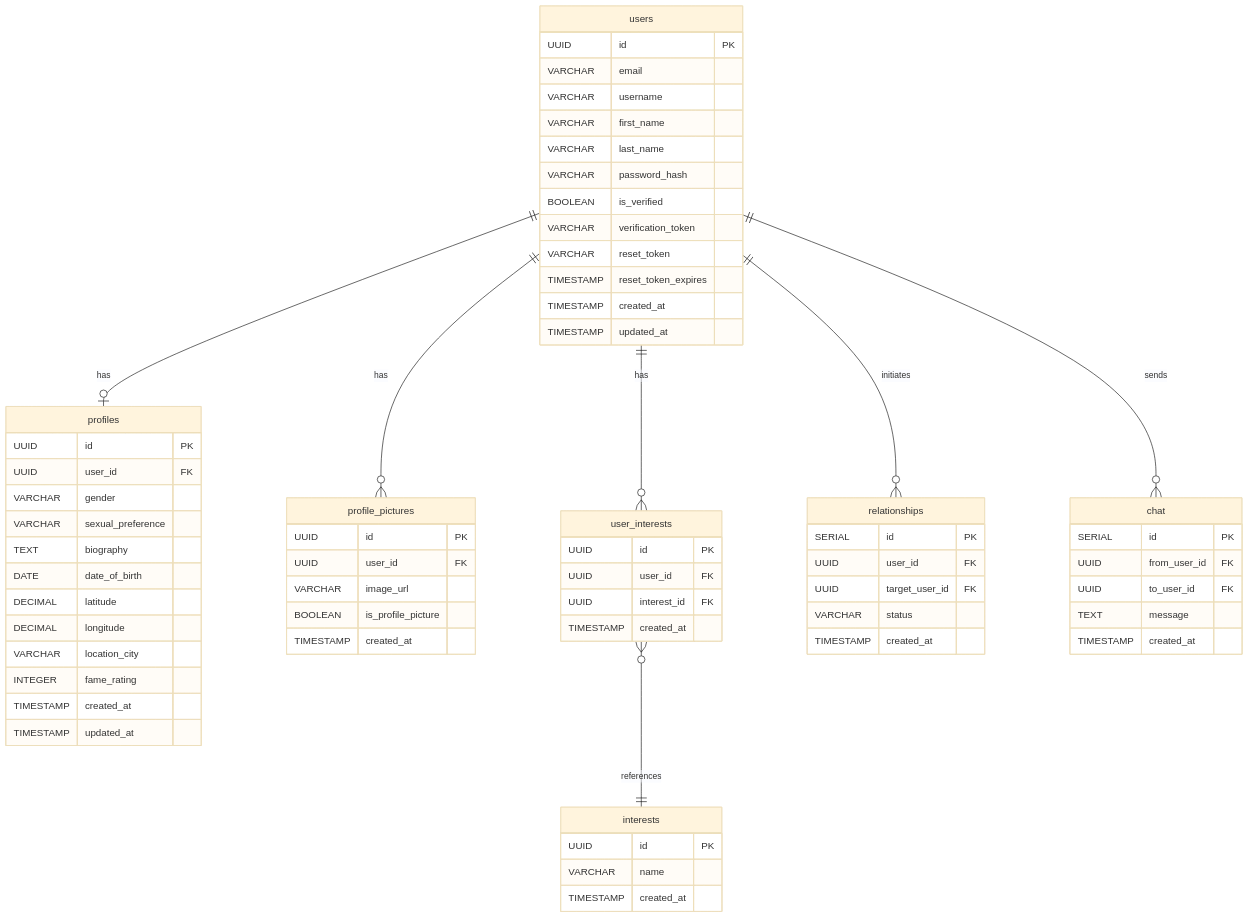
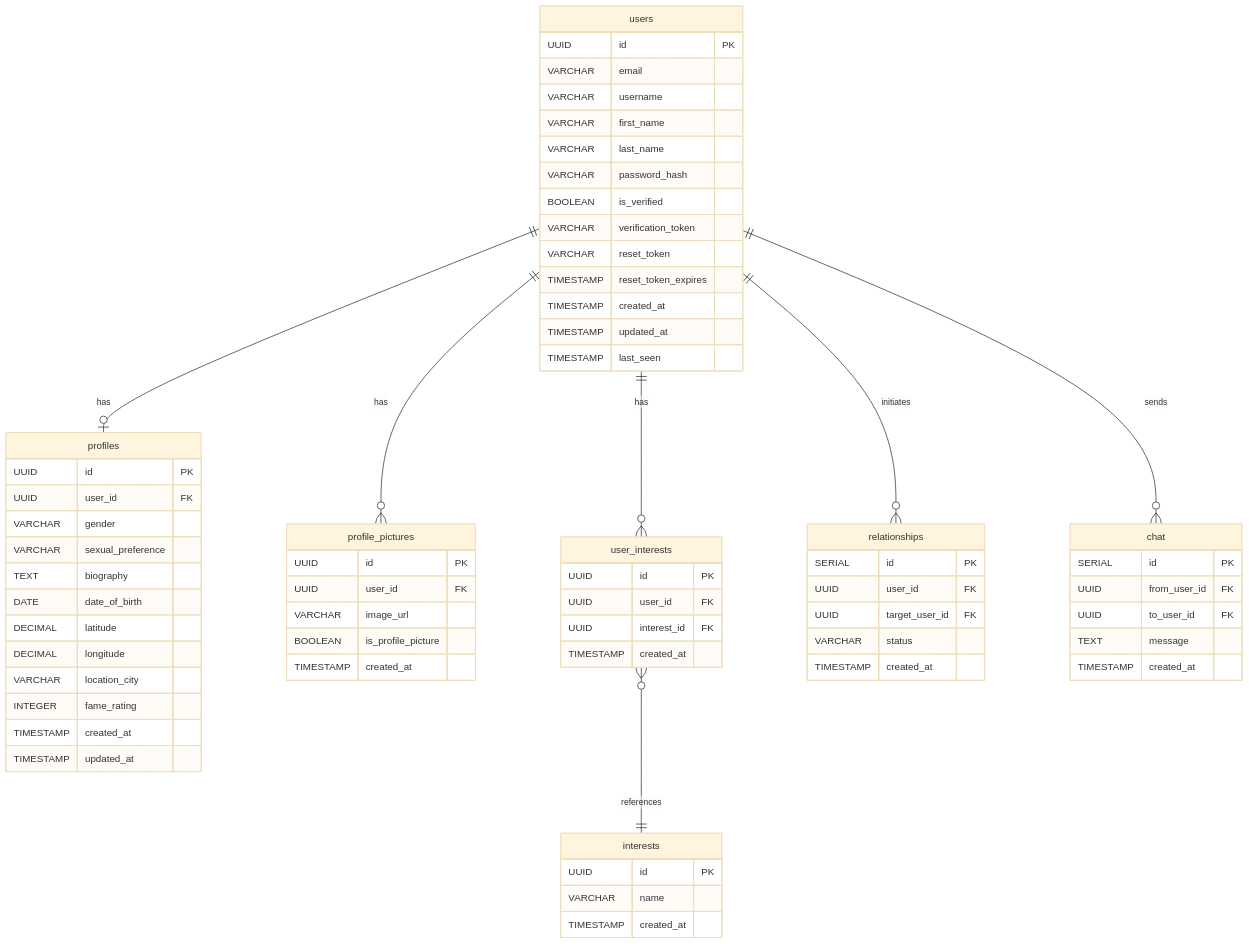
One commit to daryloye/42_matcha changed the first of 2 diagrams in backend/README.md. Above: the diagram before and after it, drawn with Mermaid (base theme). The commit also changed other lines of this file, not shown here.

Commit message:
docs: add project structure tree and last_seen/online status to README

````diff
--- a/backend/README.md
+++ b/backend/README.md
@@ -67,70 +122,71 @@
 ```mermaid
 erDiagram
     users {
         UUID id PK
         VARCHAR email
         VARCHAR username
         VARCHAR first_name
         VARCHAR last_name
         VARCHAR password_hash
         BOOLEAN is_verified
         VARCHAR verification_token
         VARCHAR reset_token
         TIMESTAMP reset_token_expires
         TIMESTAMP created_at
         TIMESTAMP updated_at
+        TIMESTAMP last_seen
     }
     profiles {
         UUID id PK
         UUID user_id FK
         VARCHAR gender
         VARCHAR sexual_preference
         TEXT biography
         DATE date_of_birth
         DECIMAL latitude
         DECIMAL longitude
         VARCHAR location_city
         INTEGER fame_rating
         TIMESTAMP created_at
         TIMESTAMP updated_at
     }
     profile_pictures {
         UUID id PK
         UUID user_id FK
         VARCHAR image_url
         BOOLEAN is_profile_picture
         TIMESTAMP created_at
     }
     interests {
         UUID id PK
         VARCHAR name
         TIMESTAMP created_at
     }
     user_interests {
         UUID id PK
         UUID user_id FK
         UUID interest_id FK
         TIMESTAMP created_at
     }
     relationships {
         SERIAL id PK
         UUID user_id FK
         UUID target_user_id FK
         VARCHAR status
         TIMESTAMP created_at
     }
     chat {
         SERIAL id PK
         UUID from_user_id FK
         UUID to_user_id FK
         TEXT message
         TIMESTAMP created_at
     }
 
     users ||--o| profiles : "has"
     users ||--o{ profile_pictures : "has"
     users ||--o{ user_interests : "has"
     user_interests }o--|| interests : "references"
     users ||--o{ relationships : "initiates"
     users ||--o{ chat : "sends"
 ```
````
